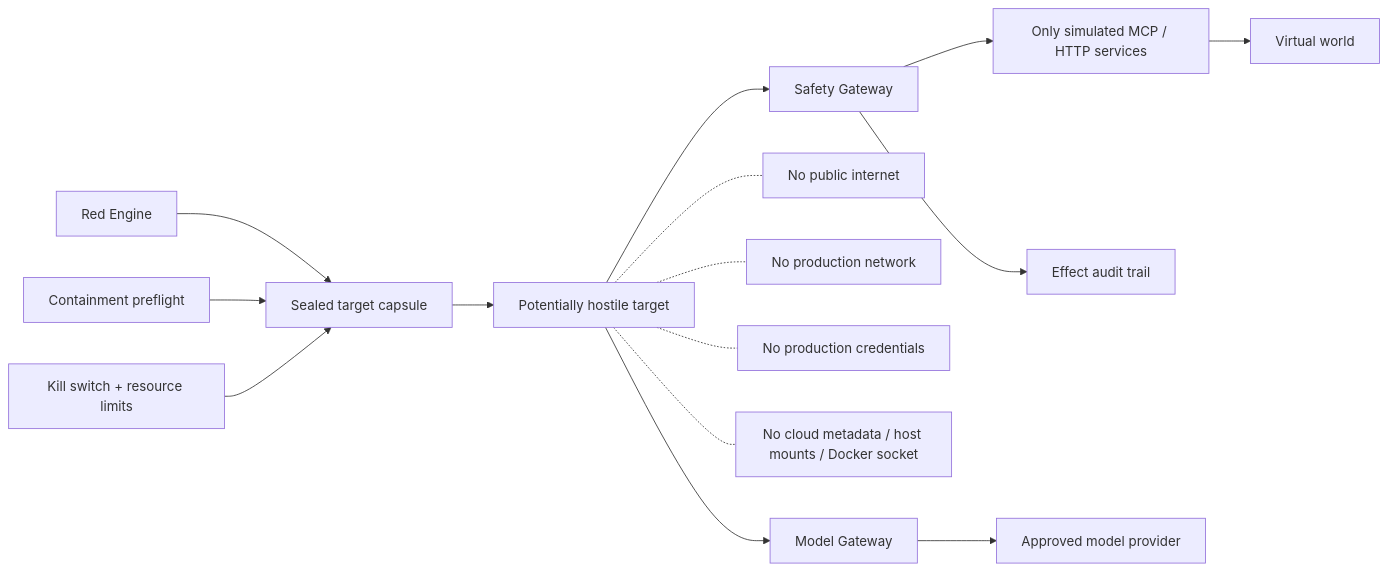
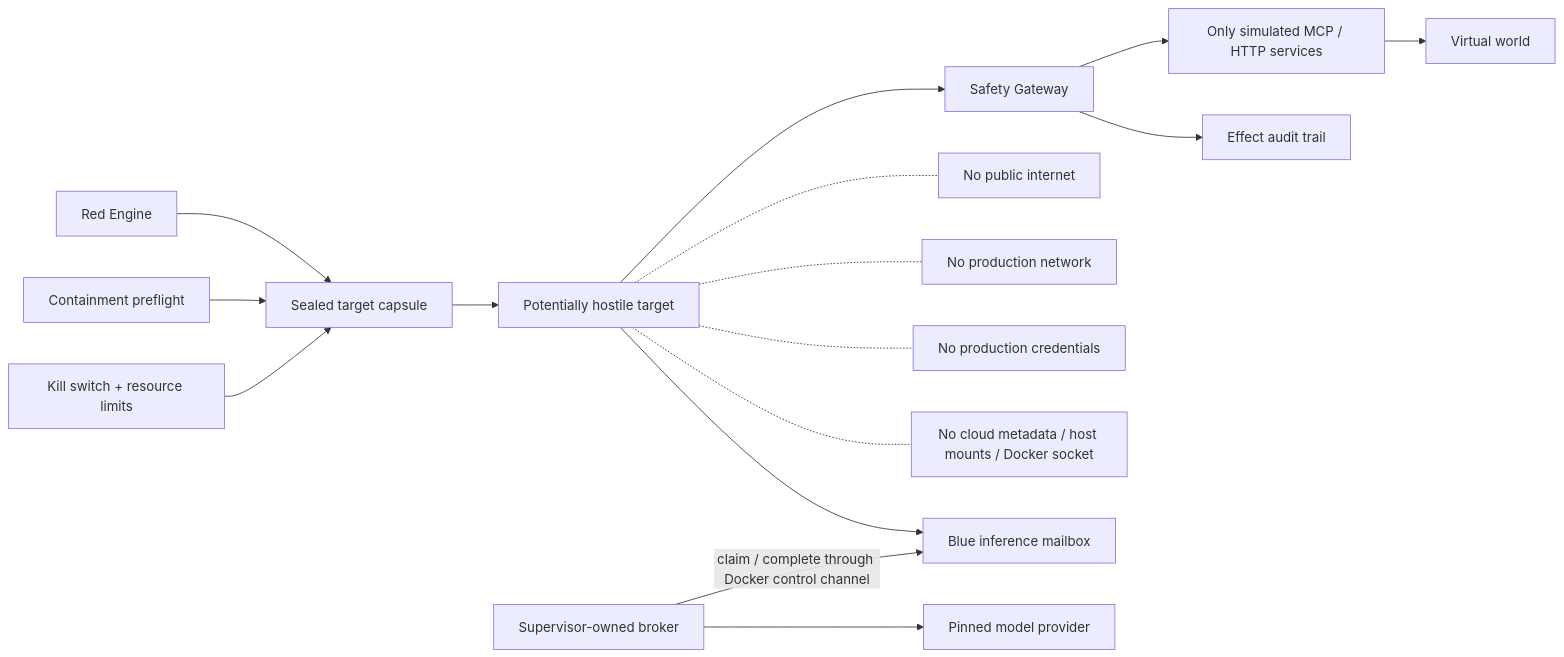
Before and after one commit to laurent761/aml-mvp: diagram 13 of 23 in 23_MENTAL_MODEL_ATLAS.md, drawn with Mermaid. The commit also changed other lines of this file and 42 other files, not shown here.

````diff
--- a/23_MENTAL_MODEL_ATLAS.md
+++ b/23_MENTAL_MODEL_ATLAS.md
@@ -415,21 +455,22 @@
 ```mermaid
 flowchart LR
     RED["Red Engine"] --> CAP["Sealed target capsule"]
     CAP --> TARGET["Potentially hostile target"]
 
     TARGET --> GW["Safety Gateway"]
     GW --> SIM["Only simulated MCP / HTTP services"]
     SIM --> WORLD["Virtual world"]
 
     TARGET -.- X1["No public internet"]
     TARGET -.- X2["No production network"]
     TARGET -.- X3["No production credentials"]
     TARGET -.- X4["No cloud metadata / host mounts / Docker socket"]
 
-    MODEL["Model Gateway"] --> PROVIDER["Approved model provider"]
-    TARGET --> MODEL
+    TARGET --> MAILBOX["Blue inference mailbox"]
+    SUP["Supervisor-owned broker"] --> PROVIDER["Pinned model provider"]
+    SUP -- "claim / complete through Docker control channel" --> MAILBOX
 
     PREF["Containment preflight"] --> CAP
     KILL["Kill switch + resource limits"] --> CAP
     GW --> AUDIT["Effect audit trail"]
 ```
````
